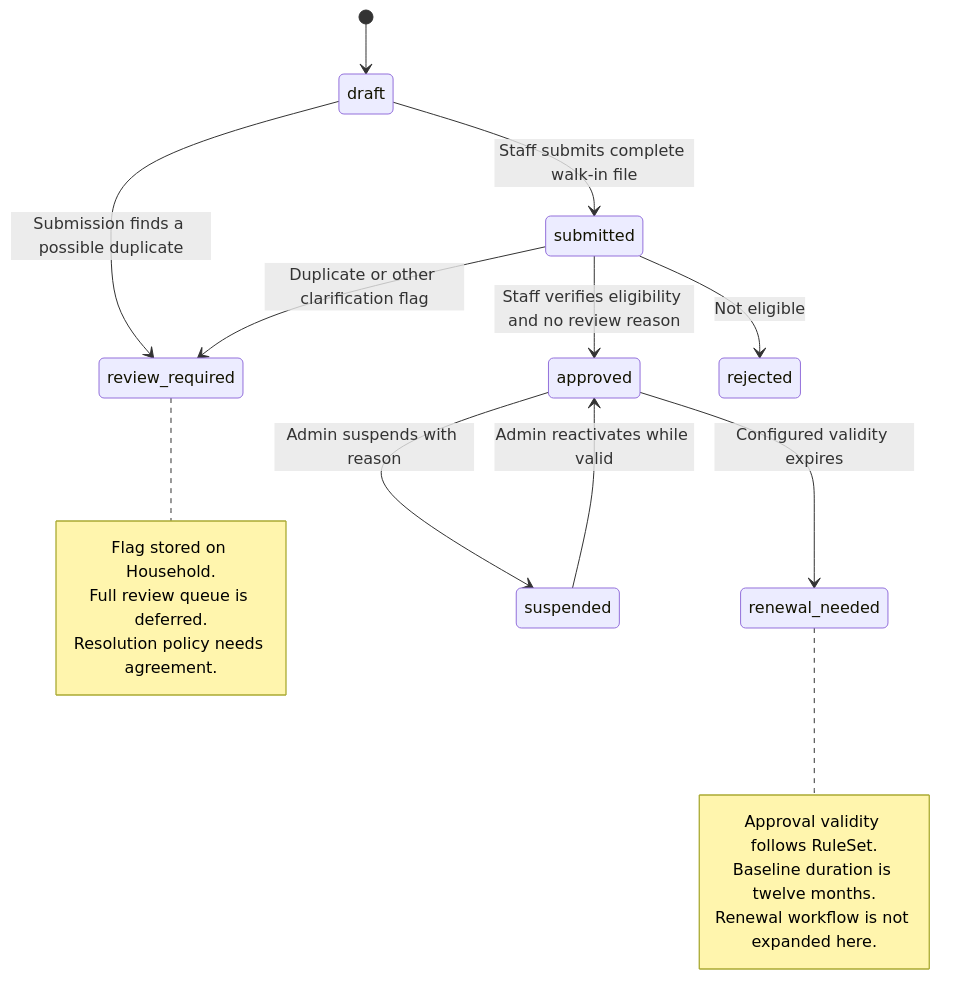
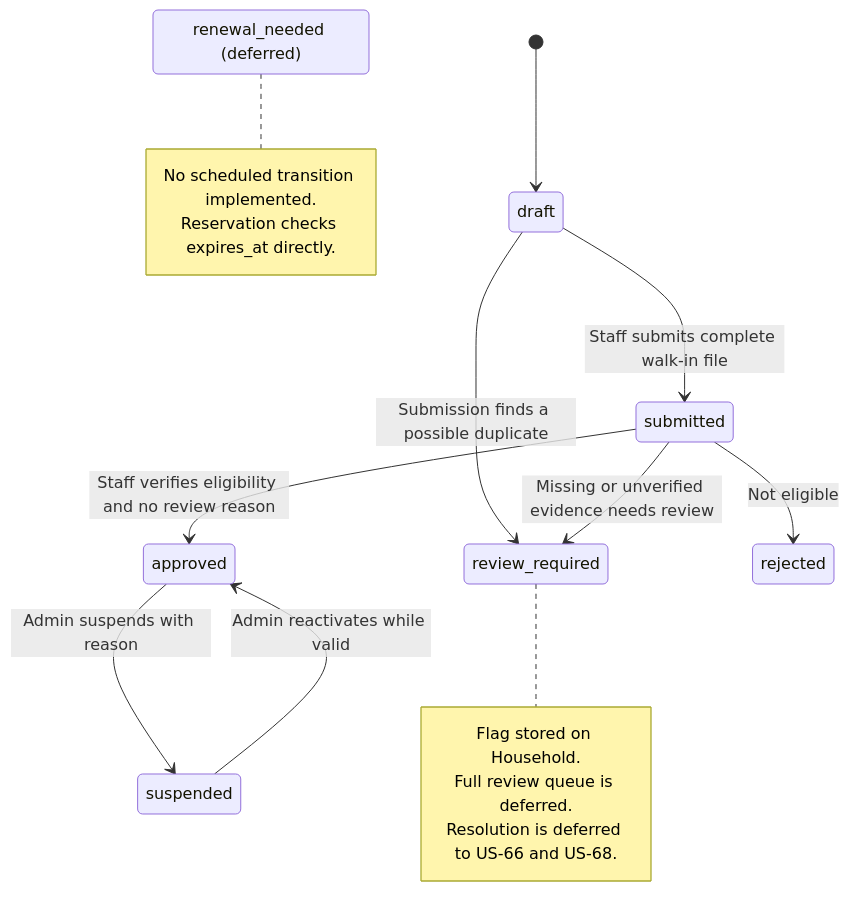
One commit to B-A-D-R-SL/iris changed the fourth of 5 diagrams in docs/04-architecture/architecture-workflows.md. Above: the diagram before and after it, drawn with Mermaid. The commit also changed other lines of this file and 9 other files, not shown here.

Commit message:
SET-21 docs(architecture): reconcile Release 1 documentation with implementation

````diff
--- a/docs/04-architecture/architecture-workflows.md
+++ b/docs/04-architecture/architecture-workflows.md
@@ -299,25 +433,24 @@
 ```mermaid
 
 stateDiagram-v2
+    state "renewal_needed (deferred)" as renewal_needed
     [*] --> draft
     draft --> submitted: Staff submits complete walk-in file
     draft --> review_required: Submission finds a possible duplicate
     submitted --> approved: Staff verifies eligibility and no review reason
-    submitted --> review_required: Duplicate or other clarification flag
+    submitted --> review_required: Missing or unverified evidence needs review
     submitted --> rejected: Not eligible
-    approved --> renewal_needed: Configured validity expires
     approved --> suspended: Admin suspends with reason
     suspended --> approved: Admin reactivates while valid
 
     note right of review_required
         Flag stored on Household.
         Full review queue is deferred.
-        Resolution policy needs agreement.
+        Resolution is deferred to US-66 and US-68.
     end note
 
     note right of renewal_needed
-        Approval validity follows RuleSet.
-        Baseline duration is twelve months.
-        Renewal workflow is not expanded here.
+        No scheduled transition implemented.
+        Reservation checks expires_at directly.
     end note
 ```
````
